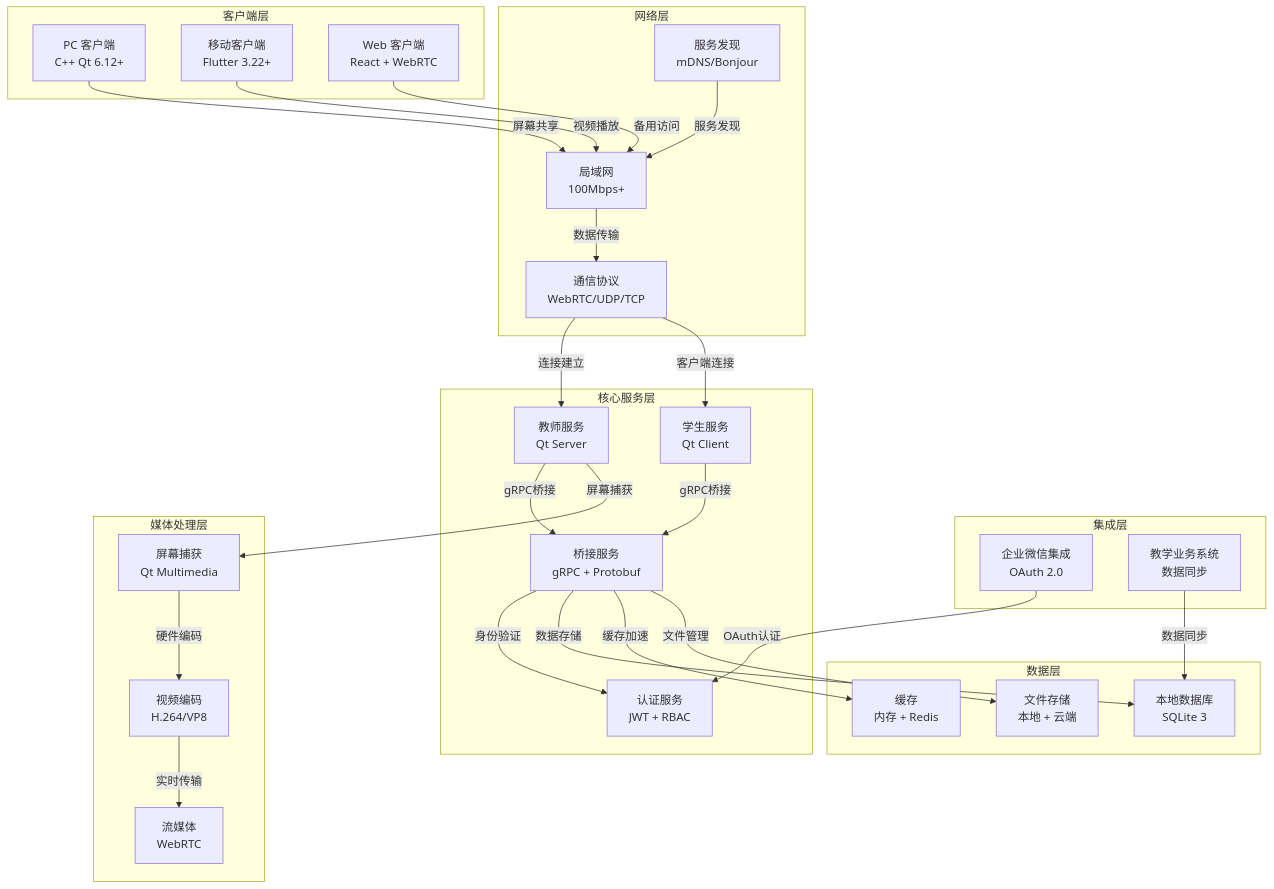
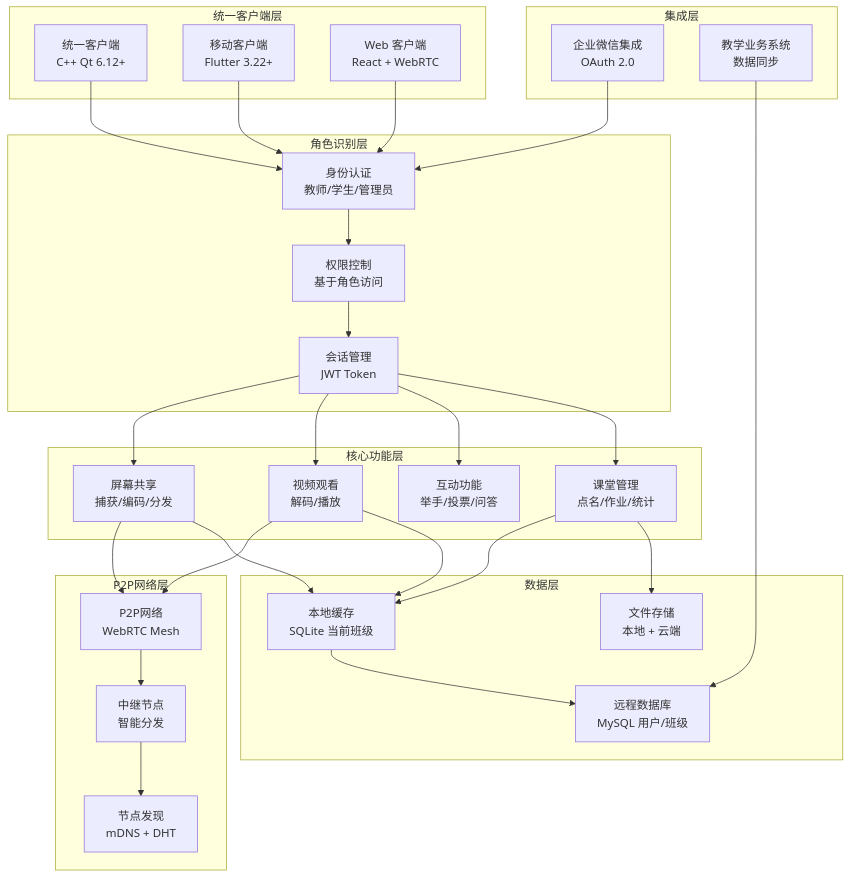
One commit to IdEvEbI/sky-edu-docs changed the first of 14 diagrams in docs/projects/sky-edu-classroom-screen-sharing/003_system-architecture_系统架构设计文档.md. Above: the diagram before and after it, drawn with Mermaid. The commit also changed other lines of this file, not shown here.

````diff
--- a/docs/projects/sky-edu-classroom-screen-sharing/003_system-architecture_系统架构设计文档.md
+++ b/docs/projects/sky-edu-classroom-screen-sharing/003_system-architecture_系统架构设计文档.md
@@ -96,57 +96,59 @@
 ```mermaid
 graph TB
-    subgraph "客户端层"
-        PC[PC 客户端<br/>C++ Qt 6.12+]
+    subgraph "统一客户端层"
+        Unified[统一客户端<br/>C++ Qt 6.12+]
         Mobile[移动客户端<br/>Flutter 3.22+]
         Web[Web 客户端<br/>React + WebRTC]
+    end
+
+    subgraph "角色识别层"
+        Auth[身份认证<br/>教师/学生/管理员]
+        RBAC[权限控制<br/>基于角色访问]
+        Session[会话管理<br/>JWT Token]
+    end
+
+    subgraph "P2P网络层"
+        P2P[P2P网络<br/>WebRTC Mesh]
+        Relay[中继节点<br/>智能分发]
+        Discovery[节点发现<br/>mDNS + DHT]
+    end
+
+    subgraph "核心功能层"
+        Screen[屏幕共享<br/>捕获/编码/分发]
+        View[视频观看<br/>解码/播放]
+        Interact[互动功能<br/>举手/投票/问答]
+        Manage[课堂管理<br/>点名/作业/统计]
+    end
+
+    subgraph "数据层"
+        LocalCache[本地缓存<br/>SQLite 当前班级]
+        RemoteDB[远程数据库<br/>MySQL 用户/班级]
+        Files[文件存储<br/>本地 + 云端]
     end
 
     subgraph "集成层"
         WX[企业微信集成<br/>OAuth 2.0]
         MIS[教学业务系统<br/>数据同步]
     end
 
-    subgraph "网络层"
-        LAN[局域网<br/>100Mbps+]
-        Protocol[通信协议<br/>WebRTC/UDP/TCP]
-        Discovery[服务发现<br/>mDNS/Bonjour]
-    end
-
-    subgraph "核心服务层"
-        Teacher[教师服务<br/>Qt Server]
-        Student[学生服务<br/>Qt Client]
-        Bridge[桥接服务<br/>gRPC + Protobuf]
-        Auth[认证服务<br/>JWT + RBAC]
-    end
-
-    subgraph "媒体处理层"
-        Capture[屏幕捕获<br/>Qt Multimedia]
-        Encode[视频编码<br/>H.264/VP8]
-        Stream[流媒体<br/>WebRTC]
-    end
-
-    subgraph "数据层"
-        LocalDB[本地数据库<br/>SQLite 3]
-        Cache[缓存<br/>内存 + Redis]
-        Files[文件存储<br/>本地 + 云端]
-    end
-
-    PC -->|"屏幕共享"| LAN
-    Mobile -->|"视频播放"| LAN
-    Web -->|"备用访问"| LAN
-    LAN -->|"数据传输"| Protocol
-    Protocol -->|"连接建立"| Teacher
-    Protocol -->|"客户端连接"| Student
-    Teacher -->|"gRPC桥接"| Bridge
-    Student -->|"gRPC桥接"| Bridge
-    Bridge -->|"身份验证"| Auth
-    Bridge -->|"数据存储"| LocalDB
-    Bridge -->|"缓存加速"| Cache
-    Bridge -->|"文件管理"| Files
-    Teacher -->|"屏幕捕获"| Capture
-    Capture -->|"硬件编码"| Encode
-    Encode -->|"实时传输"| Stream
-    WX -->|"OAuth认证"| Auth
-    MIS -->|"数据同步"| LocalDB
-    Discovery -->|"服务发现"| LAN
+    Unified --> Auth
+    Mobile --> Auth
+    Web --> Auth
+    Auth --> RBAC
+    RBAC --> Session
+    Session --> Screen
+    Session --> View
+    Session --> Interact
+    Session --> Manage
+    Screen --> P2P
+    View --> P2P
+    P2P --> Relay
+    Relay --> Discovery
+    Screen --> LocalCache
+    View --> LocalCache
+    Manage --> LocalCache
+    LocalCache --> RemoteDB
+    Manage --> Files
+    WX --> Auth
+    MIS --> RemoteDB
 ```
````
